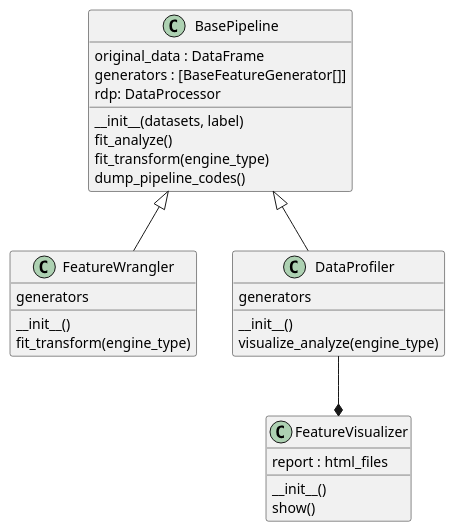
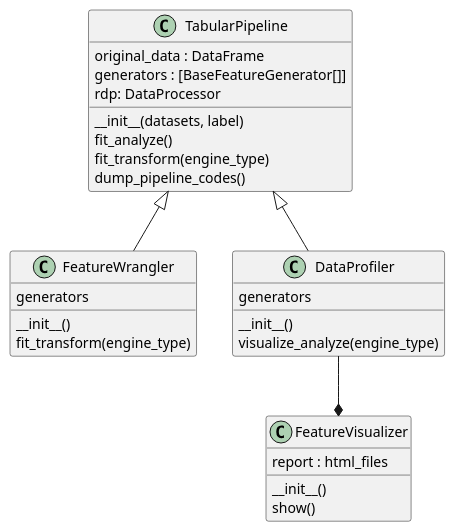
Before and after one commit to intel/e2eAIOK: the diagram in RecDP/uml/class_diagram_pipeline.puml, drawn with PlantUML. The commit also changed 39 other files, not shown here.

```diff
--- a/RecDP/uml/class_diagram_pipeline.puml
+++ b/RecDP/uml/class_diagram_pipeline.puml
@@ -1,42 +1,42 @@
 @startuml RecDP class Diagram
 
-BasePipeline <|-- FeatureWrangler
-BasePipeline <|-- DataProfiler
+TabularPipeline <|-- FeatureWrangler
+TabularPipeline <|-- DataProfiler
 DataProfiler --* FeatureVisualizer
 
-BasePipeline : original_data : DataFrame 
-BasePipeline : generators : [BaseFeatureGenerator[]]
-BasePipeline : rdp: DataProcessor 
-BasePipeline : __init__(datasets, label)
-BasePipeline : fit_analyze()
-BasePipeline : fit_transform(engine_type)
-BasePipeline : dump_pipeline_codes()
+TabularPipeline : original_data : DataFrame 
+TabularPipeline : generators : [BaseFeatureGenerator[]]
+TabularPipeline : rdp: DataProcessor 
+TabularPipeline : __init__(datasets, label)
+TabularPipeline : fit_analyze()
+TabularPipeline : fit_transform(engine_type)
+TabularPipeline : dump_pipeline_codes()
 
 DataProfiler : generators
 DataProfiler : __init__()
 DataProfiler : visualize_analyze(engine_type)
 
 FeatureWrangler : generators
 FeatureWrangler : __init__()
 FeatureWrangler : fit_transform(engine_type)
 
 FeatureVisualizer : report : html_files
 FeatureVisualizer : __init__()
 FeatureVisualizer : show()
 
 
 ' abstract        abstract
 ' abstract class  "abstract class"
 ' annotation      annotation
 ' circle          circle
 ' ()              circle_short_form
 ' class           class
 ' diamond         diamond
 ' <>              diamo:wnd_short_form
 ' entity          entity
 ' enum            enum
 ' exception       exception
 ' interface       interface
 ' protocol        protocol
 ' struct          struct
 @enduml
```
